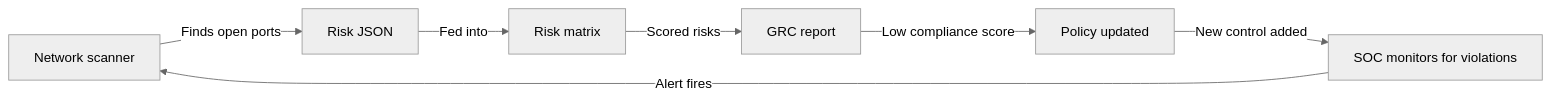
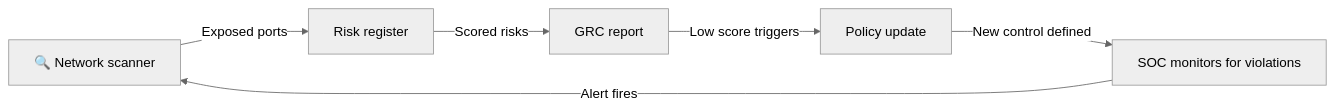
One commit to Speed-boo3/grc-project changed the sixth of 6 diagrams in README.md. Above: the diagram before and after it, drawn with Mermaid (neutral theme). The commit also changed other lines of this file, not shown here.

Commit message:
Rewrite README: cleaner structure, better diagrams, output examples

````diff
--- a/README.md
+++ b/README.md
@@ -270,9 +202,8 @@
 ```mermaid
 flowchart LR
-    A[Network scanner] -->|Finds open ports| B[Risk JSON]
-    B -->|Fed into| C[Risk matrix]
-    C -->|Scored risks| D[GRC report]
-    D -->|Low compliance score| E[Policy updated]
-    E -->|New control added| F[SOC monitors for violations]
-    F -->|Alert fires| A
+    A[🔍 Network scanner] -->|Exposed ports| B[Risk register]
+    B -->|Scored risks| C[GRC report]
+    C -->|Low score triggers| D[Policy update]
+    D -->|New control defined| E[SOC monitors for violations]
+    E -->|Alert fires| A
 ```
````
